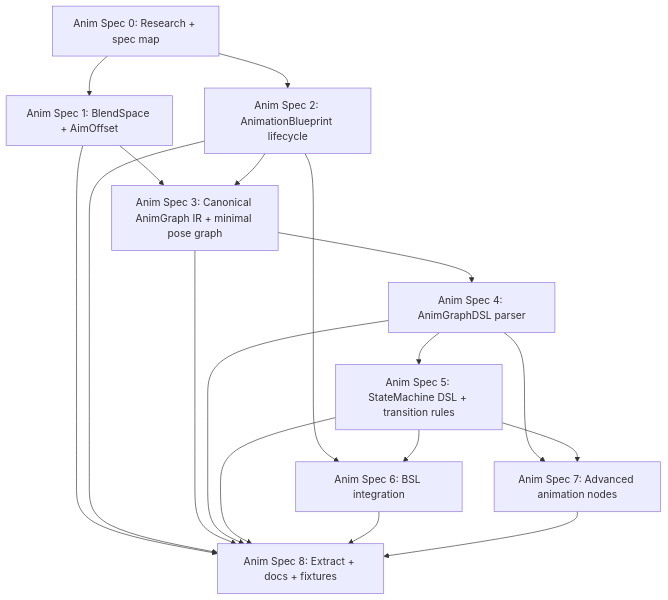
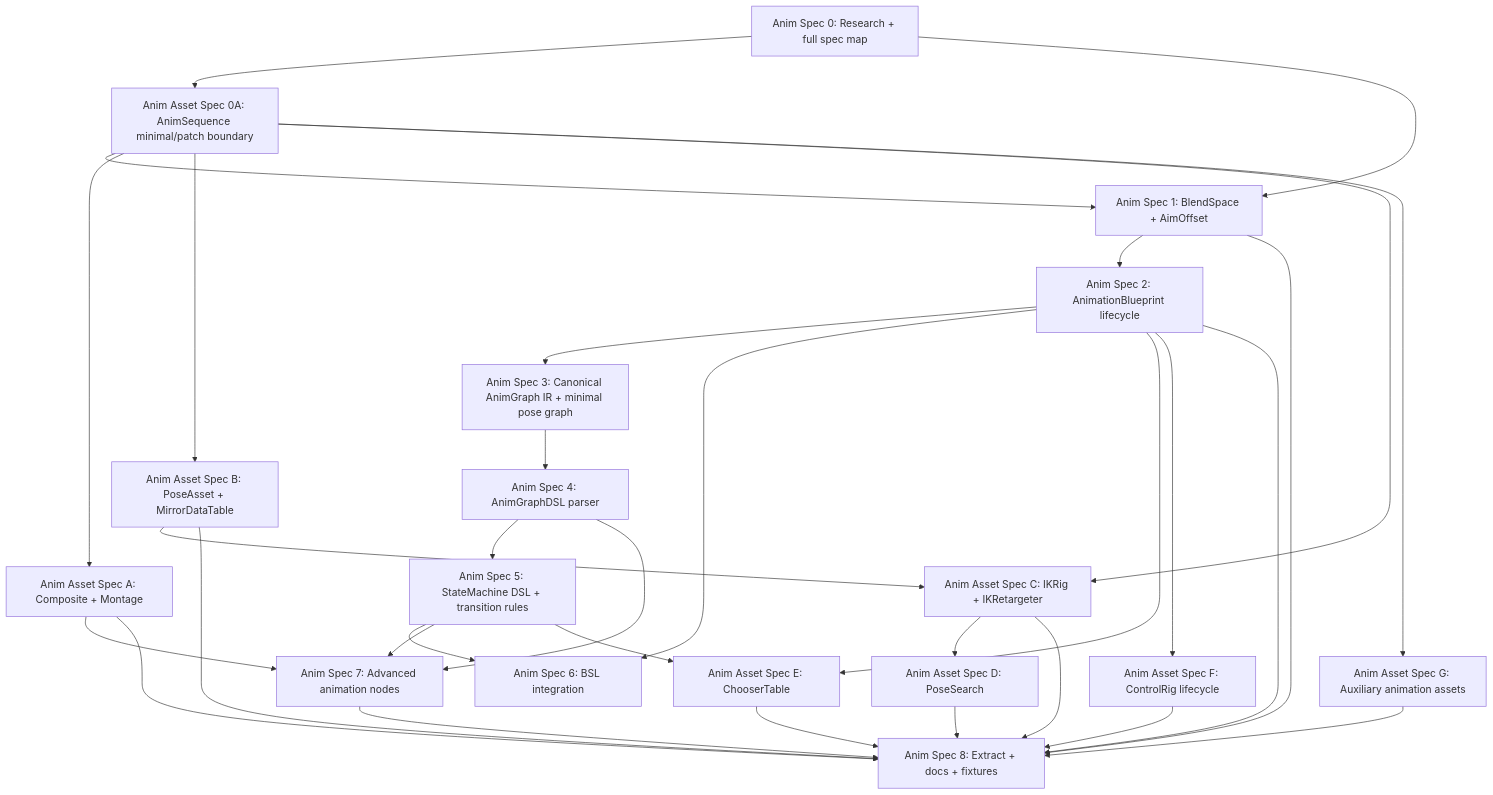
Before and after one commit to oscarrr112/UECopilot: the diagram in docs/superpowers/specs/2026-04-30-animation-generators-spec-map.md, drawn with Mermaid. The commit also changed other lines of this file and 1 other file, not shown here.

Commit message:
docs: expand animation generator roadmap

````diff
--- a/docs/superpowers/specs/2026-04-30-animation-generators-spec-map.md
+++ b/docs/superpowers/specs/2026-04-30-animation-generators-spec-map.md
@@ -318,30 +402,52 @@
 ```mermaid
 flowchart TD
-    S0["Anim Spec 0: Research + spec map"]
+    S0["Anim Spec 0: Research + full spec map"]
+    SA0["Anim Asset Spec 0A: AnimSequence minimal/patch boundary"]
     S1["Anim Spec 1: BlendSpace + AimOffset"]
+    SA["Anim Asset Spec A: Composite + Montage"]
+    SB["Anim Asset Spec B: PoseAsset + MirrorDataTable"]
     S2["Anim Spec 2: AnimationBlueprint lifecycle"]
     S3["Anim Spec 3: Canonical AnimGraph IR + minimal pose graph"]
     S4["Anim Spec 4: AnimGraphDSL parser"]
     S5["Anim Spec 5: StateMachine DSL + transition rules"]
     S6["Anim Spec 6: BSL integration"]
     S7["Anim Spec 7: Advanced animation nodes"]
+    SC["Anim Asset Spec C: IKRig + IKRetargeter"]
+    SD["Anim Asset Spec D: PoseSearch"]
+    SE["Anim Asset Spec E: ChooserTable"]
+    SF["Anim Asset Spec F: ControlRig lifecycle"]
+    SG["Anim Asset Spec G: Auxiliary animation assets"]
     S8["Anim Spec 8: Extract + docs + fixtures"]
 
+    S0 --> SA0
     S0 --> S1
-    S0 --> S2
-    S1 --> S3
+    SA0 --> S1
+    SA0 --> SA
+    SA0 --> SB
+    S1 --> S2
+    SA --> S7
     S2 --> S3
     S3 --> S4
     S4 --> S5
     S2 --> S6
     S5 --> S6
     S4 --> S7
     S5 --> S7
+    SA0 --> SC
+    SB --> SC
+    SC --> SD
+    S2 --> SE
+    S5 --> SE
+    S2 --> SF
+    SA0 --> SG
     S1 --> S8
+    SA --> S8
+    SB --> S8
     S2 --> S8
-    S3 --> S8
-    S4 --> S8
-    S5 --> S8
-    S6 --> S8
     S7 --> S8
+    SC --> S8
+    SD --> S8
+    SE --> S8
+    SF --> S8
+    SG --> S8
 ```
````
